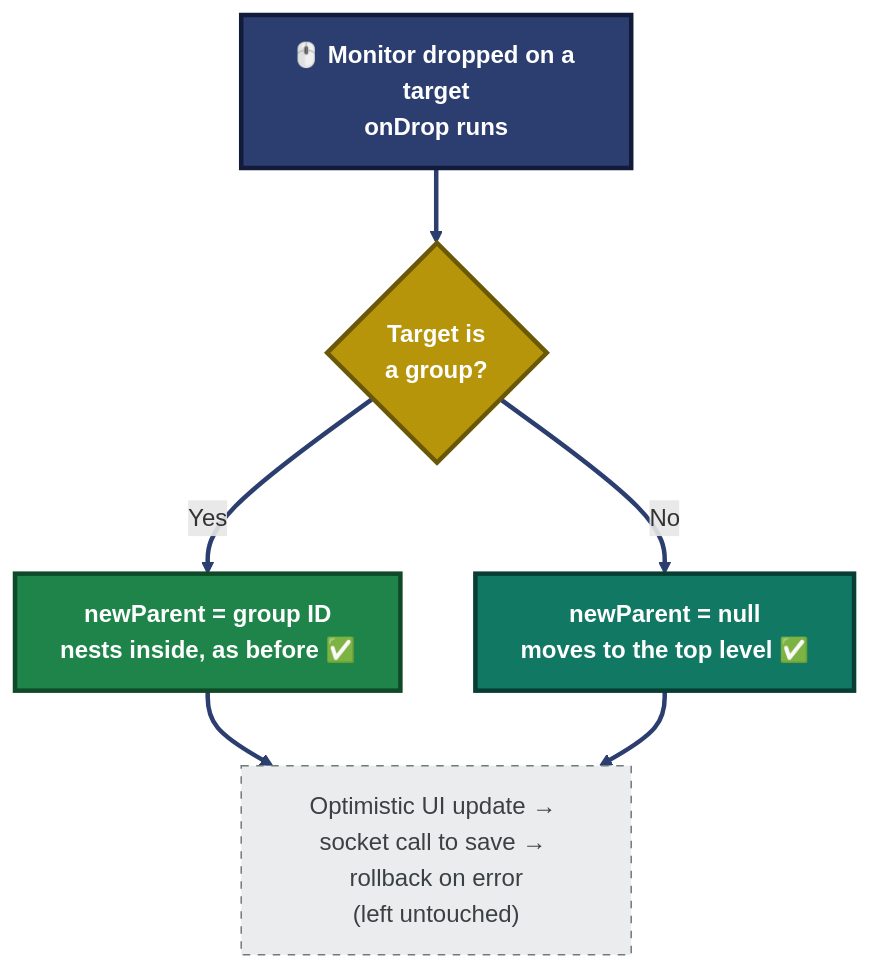
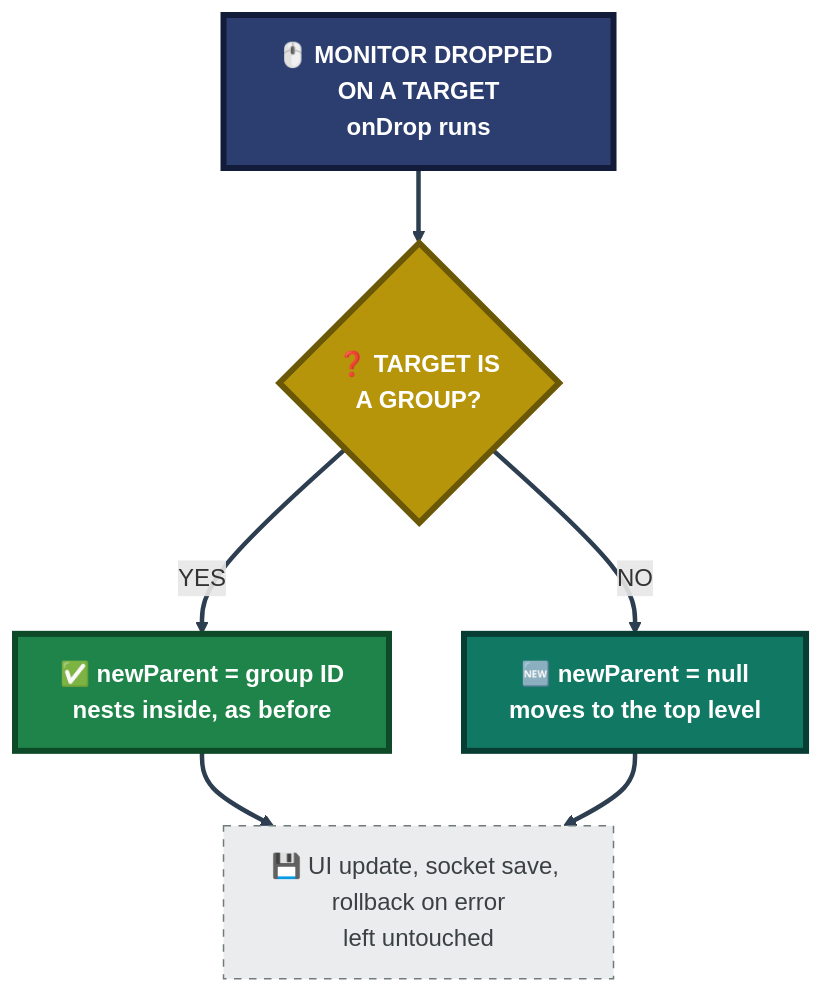
The third of 4 diagrams in project-4-uptime-kuma-open-source-contribution/README.md (malaika-azhar/Real-World-Tier2-Support-Projects), drawn with Mermaid before and after one commit. The commit also changed other lines of this file, not shown here.

````diff
--- a/project-4-uptime-kuma-open-source-contribution/README.md
+++ b/project-4-uptime-kuma-open-source-contribution/README.md
@@ -337,15 +459,15 @@
 ```mermaid
 flowchart TB
-    D["🖱️ Monitor dropped on a target<br/>onDrop runs"]:::start --> Q{"Target is<br/>a group?"}:::q
-    Q -->|Yes| Y["newParent = group ID<br/>nests inside, as before ✅"]:::ok
-    Q -->|No| N["newParent = null<br/>moves to the top level ✅"]:::new
-    Y --> R["Optimistic UI update → socket call to save → rollback on error<br/>(left untouched)"]:::same
+    D["🖱️ MONITOR DROPPED ON A TARGET<br/>onDrop runs"]:::start --> Q{"❓ TARGET IS<br/>A GROUP?"}:::q
+    Q -->|YES| Y["✅ newParent = group ID<br/>nests inside, as before"]:::ok
+    Q -->|NO| N["🆕 newParent = null<br/>moves to the top level"]:::new
+    Y --> R["💾 UI update, socket save, rollback on error<br/>left untouched"]:::same
     N --> R
 
-    classDef start fill:#2C3E70,stroke:#131B3A,stroke-width:3px,color:#FFFFFF,font-weight:bold
-    classDef q fill:#B7950B,stroke:#6B5807,stroke-width:3px,color:#FFFFFF,font-weight:bold
-    classDef ok fill:#1E8449,stroke:#0E4A28,stroke-width:3px,color:#FFFFFF,font-weight:bold
-    classDef new fill:#117864,stroke:#083D33,stroke-width:3px,color:#FFFFFF,font-weight:bold
+    classDef start fill:#2C3E70,stroke:#131B3A,stroke-width:4px,color:#FFFFFF,font-weight:bold
+    classDef q fill:#B7950B,stroke:#6B5807,stroke-width:4px,color:#FFFFFF,font-weight:bold
+    classDef ok fill:#1E8449,stroke:#0E4A28,stroke-width:4px,color:#FFFFFF,font-weight:bold
+    classDef new fill:#117864,stroke:#083D33,stroke-width:4px,color:#FFFFFF,font-weight:bold
     classDef same fill:#EAECEE,stroke:#707B7C,color:#3B4142,stroke-dasharray: 5 5
-    linkStyle default stroke:#2C3E70,stroke-width:3px
+    linkStyle default stroke:#2C3E50,stroke-width:3px
 ```
````
